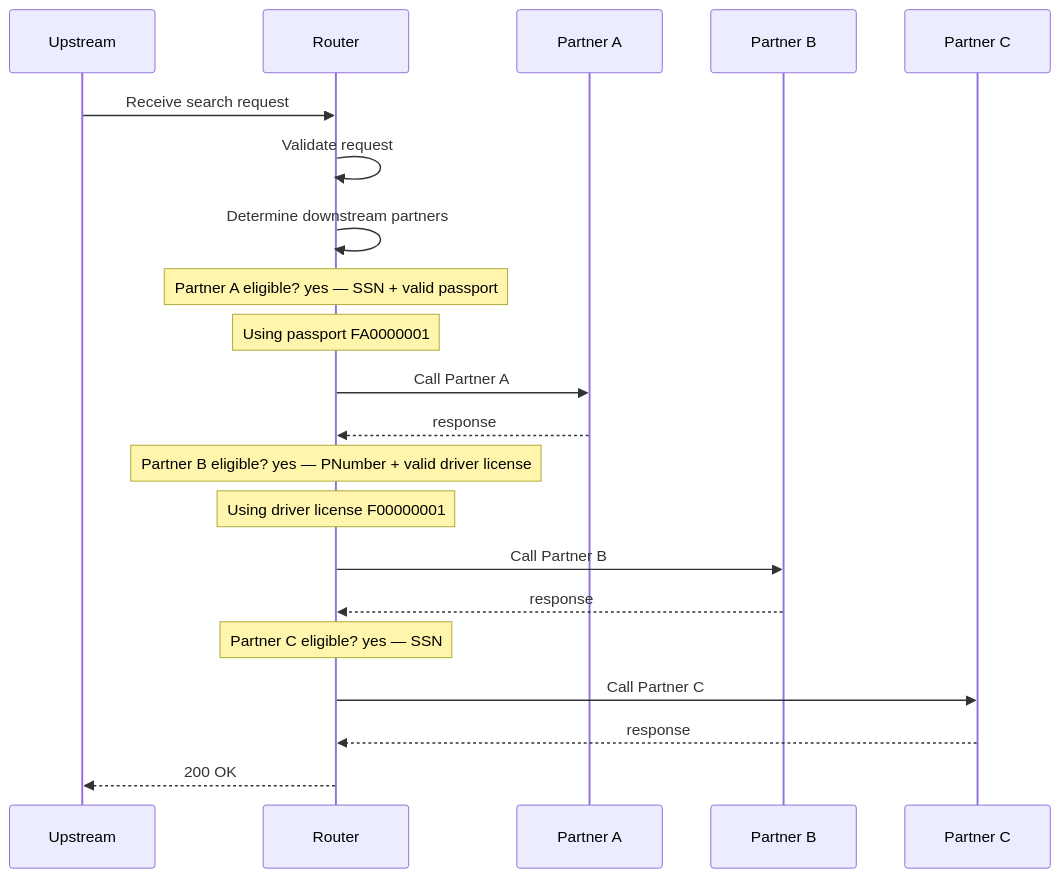
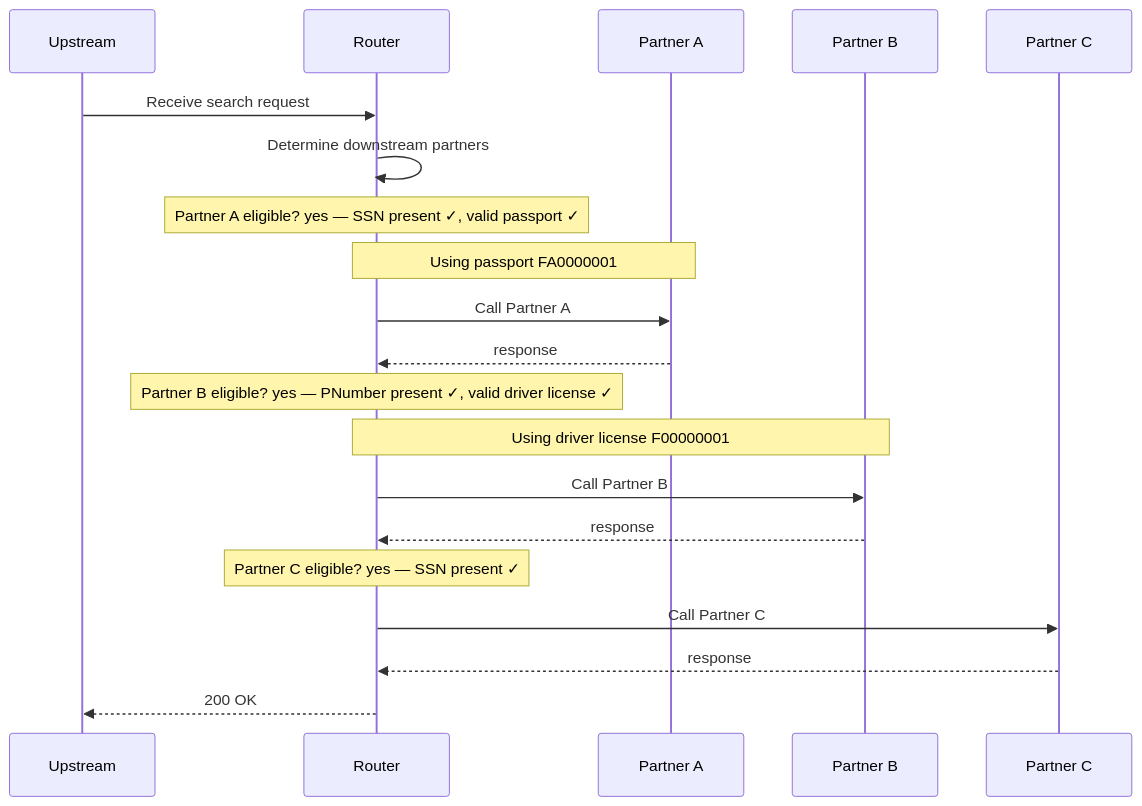
One commit to jwdomes/automockit changed the diagram in main-app/docs/flows/all-partners.mmd. Above: the diagram before and after it, drawn with Mermaid. The commit also changed 106 other files, not shown here.

First line of the commit message:
Extract flow docs into add-only library modules; switch Gradle to Groovy

```diff
--- a/main-app/docs/flows/all-partners.mmd
+++ b/main-app/docs/flows/all-partners.mmd
@@ -1,22 +1,21 @@
 sequenceDiagram
     %% SSN, PNumber, valid passport and license: A, B and C are all called
     participant UPSTREAM as Upstream
     participant ROUTER as Router
     participant PARTNER_A as Partner A
     participant PARTNER_B as Partner B
     participant PARTNER_C as Partner C
     UPSTREAM->>ROUTER: Receive search request
-    ROUTER->>ROUTER: Validate request
     ROUTER->>ROUTER: Determine downstream partners
-    Note over ROUTER: Partner A eligible? yes — SSN + valid passport
-    Note over ROUTER: Using passport FA0000001
+    Note over ROUTER: Partner A eligible? yes — SSN present ✓, valid passport ✓
+    Note over ROUTER,PARTNER_A: Using passport FA0000001
     ROUTER->>PARTNER_A: Call Partner A
     PARTNER_A-->>ROUTER: response
-    Note over ROUTER: Partner B eligible? yes — PNumber + valid driver license
-    Note over ROUTER: Using driver license F00000001
+    Note over ROUTER: Partner B eligible? yes — PNumber present ✓, valid driver license ✓
+    Note over ROUTER,PARTNER_B: Using driver license F00000001
     ROUTER->>PARTNER_B: Call Partner B
     PARTNER_B-->>ROUTER: response
-    Note over ROUTER: Partner C eligible? yes — SSN
+    Note over ROUTER: Partner C eligible? yes — SSN present ✓
     ROUTER->>PARTNER_C: Call Partner C
     PARTNER_C-->>ROUTER: response
     ROUTER-->>UPSTREAM: 200 OK
```
